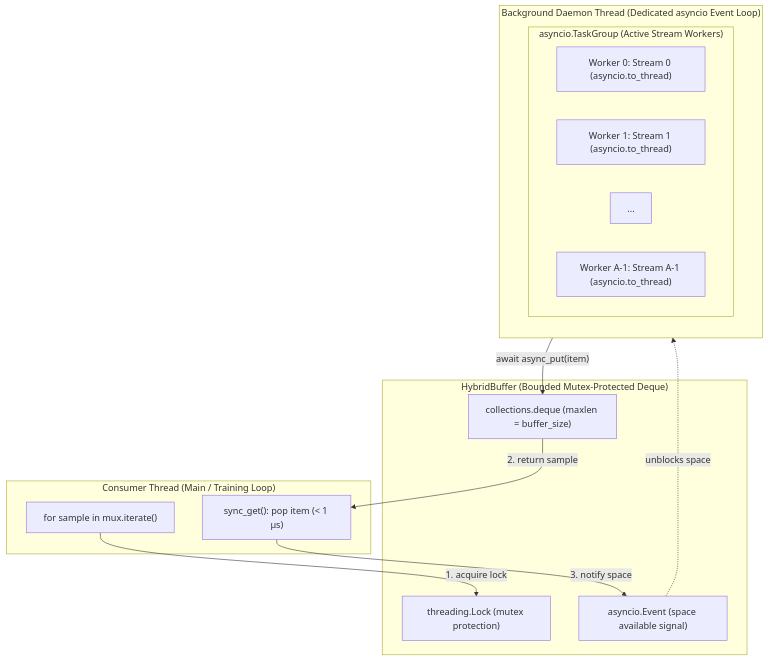
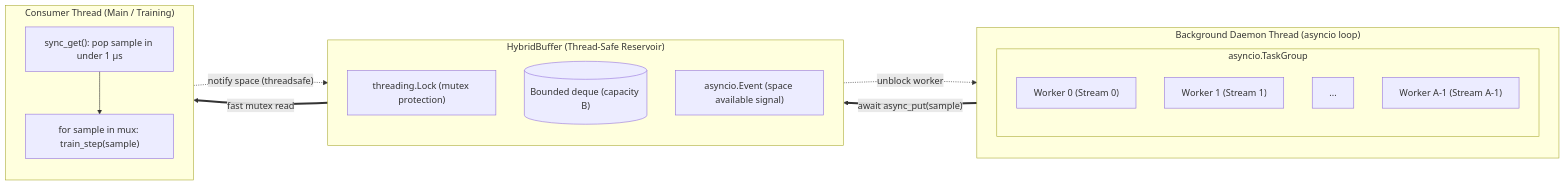
One commit to pescadores/pescador changed the diagram in docs/prefetching.rst. Above: the diagram before and after it, drawn with Mermaid.

Commit message:
Redesign prefetching architecture diagram to horizontal 3-column layout
- Switch from vertical flowchart TD to horizontal flowchart LR to drastically reduce vertical span
- Organize dataflow into three intuitive columns: Background Daemon Thread (left),
  HybridBuffer reservoir (center), and Consumer Thread (right)
- Use bold forward arrows for sample delivery and dashed feedback arrows for backpressure
- Replace HTML entities with plain text descriptions to prevent rendering issues

```diff
--- a/docs/prefetching.rst
+++ b/docs/prefetching.rst
@@ -158,29 +158,32 @@
 .. mermaid::
 
-   flowchart TD
-       subgraph Consumer["Consumer Thread (Main / Training Loop)"]
-           CLoop["for sample in mux.iterate()"]
-           CGet["sync_get(): pop item (&lt; 1 μs)"]
-       end
-
-       subgraph Buffer["HybridBuffer (Bounded Mutex-Protected Deque)"]
-           BDeque["collections.deque (maxlen = buffer_size)"]
-           BLock["threading.Lock (mutex protection)"]
-           BEvent["asyncio.Event (space available signal)"]
-       end
-
-       subgraph Background["Background Daemon Thread (Dedicated asyncio Event Loop)"]
+   flowchart LR
+       subgraph Background["Background Daemon Thread (asyncio loop)"]
            direction TB
-           subgraph TG["asyncio.TaskGroup (Active Stream Workers)"]
-               W0["Worker 0: Stream 0 (asyncio.to_thread)"]
-               W1["Worker 1: Stream 1 (asyncio.to_thread)"]
+           subgraph TG["asyncio.TaskGroup"]
+               direction TB
+               W0["Worker 0 (Stream 0)"]
+               W1["Worker 1 (Stream 1)"]
                Wdots["..."]
-               Wk["Worker A-1: Stream A-1 (asyncio.to_thread)"]
+               WA["Worker A-1 (Stream A-1)"]
            end
        end
 
-       CLoop -->|"1. acquire lock"| BLock
-       BDeque -->|"2. return sample"| CGet
-       CGet -->|"3. notify space"| BEvent
-       BEvent -.->|"unblocks space"| TG
-       TG -->|"await async_put(item)"| BDeque
+       subgraph Buffer["HybridBuffer (Thread-Safe Reservoir)"]
+           direction TB
+           Lock["threading.Lock (mutex protection)"]
+           Deque[("Bounded deque (capacity B)")]
+           Event["asyncio.Event (space available signal)"]
+       end
+
+       subgraph Consumer["Consumer Thread (Main / Training)"]
+           direction TB
+           Pop["sync_get(): pop sample in under 1 μs"]
+           Loop["for sample in mux: train_step(sample)"]
+       end
+
+       TG ==>|"await async_put(sample)"| Deque
+       Deque ==>|"fast mutex read"| Pop
+       Pop --> Loop
+       Pop -.->|"notify space (threadsafe)"| Event
+       Event -.->|"unblock worker"| TG
```
